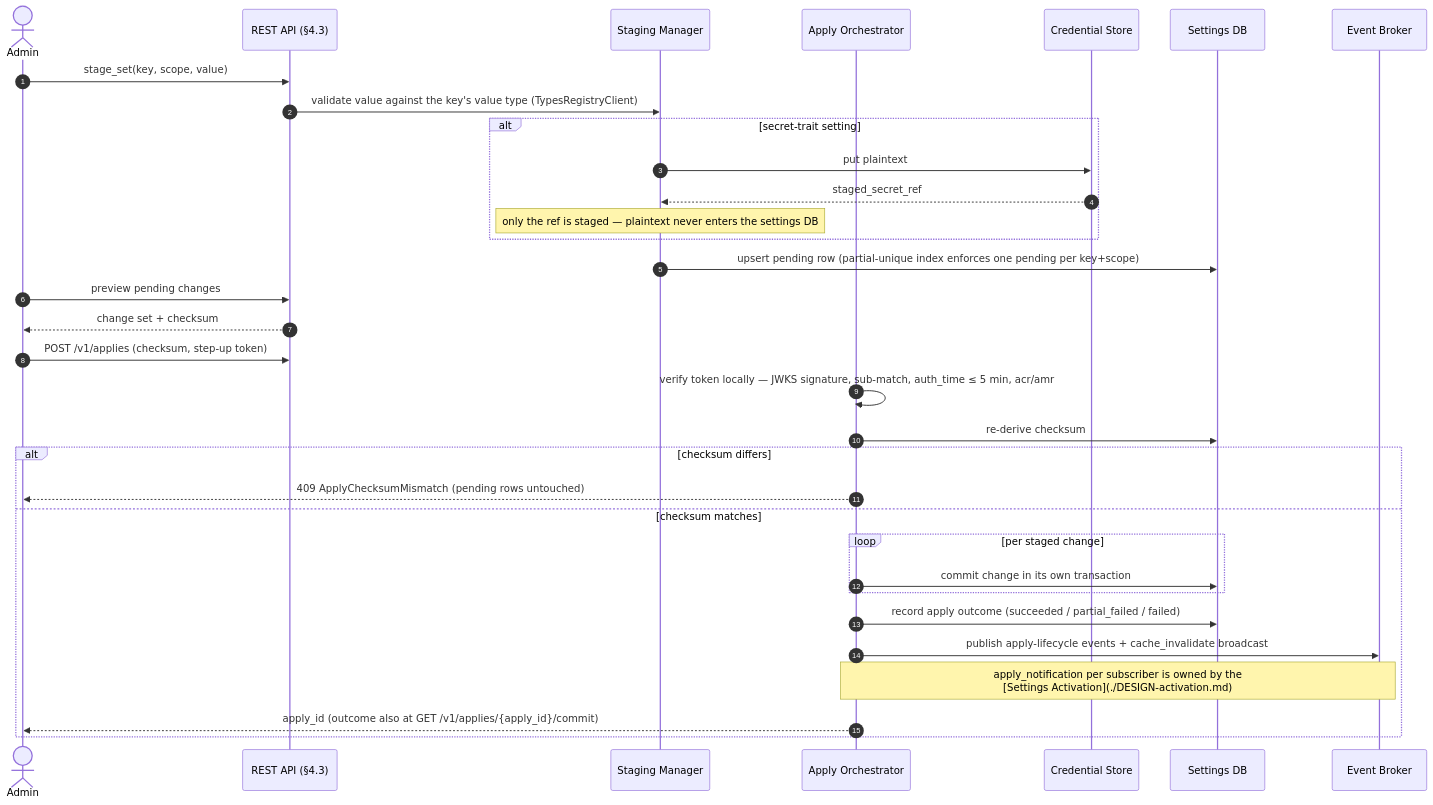
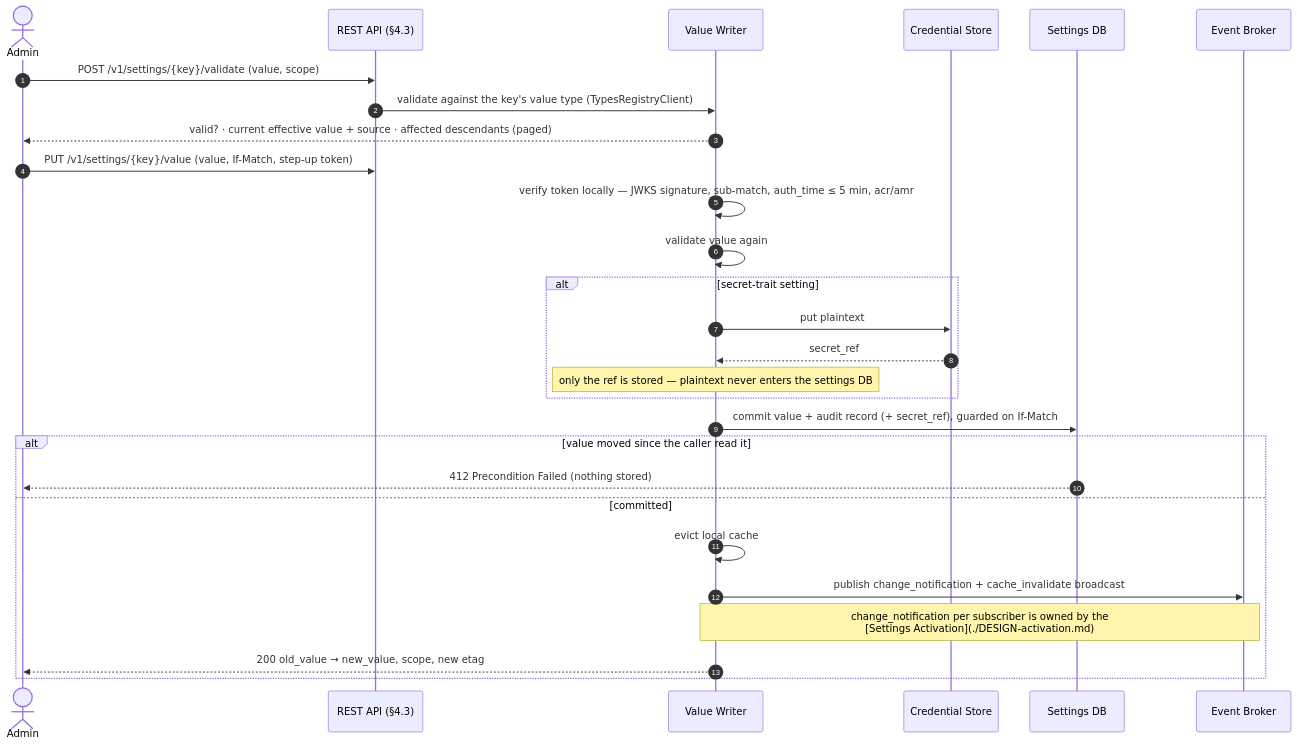
One commit to Andrei-Iliushin-Constructor/gears-rust changed the fifth of 7 diagrams in gears/settings-service/docs/DESIGN.md. Above: the diagram before and after it, drawn with Mermaid. The commit also changed other lines of this file, not shown here.

First line of the commit message:
docs(settings-service): drop the pending/apply machinery from DESIGN

````diff
--- a/gears/settings-service/docs/DESIGN.md
+++ b/gears/settings-service/docs/DESIGN.md
@@ -1494,36 +1334,31 @@
 ```mermaid
 sequenceDiagram
  autonumber
  actor Admin
  participant API as REST API (§4.3)
- participant SM as Staging Manager
- participant AO as Apply Orchestrator
+ participant VW as Value Writer
  participant CS as Credential Store
  participant DB as Settings DB
  participant Broker as Event Broker
 
- Admin->>API: stage_set(key, scope, value)
- API->>SM: validate value against the key's value type (TypesRegistryClient)
+ Admin->>API: POST /v1/settings/{key}/validate (value, scope)
+ API->>VW: validate against the key's value type (TypesRegistryClient)
+ VW-->>Admin: valid? · current effective value + source · affected descendants (paged)
+ Admin->>API: PUT /v1/settings/{key}/value (value, If-Match, step-up token)
+ VW->>VW: verify token locally — JWKS signature, sub-match, auth_time ≤ 5 min, acr/amr
+ VW->>VW: validate value again
  alt secret-trait setting
-  SM->>CS: put plaintext
-  CS-->>SM: staged_secret_ref
-  Note over SM: only the ref is staged — plaintext never enters the settings DB
+  VW->>CS: put plaintext
+  CS-->>VW: secret_ref
+  Note over VW: only the ref is stored — plaintext never enters the settings DB
  end
- SM->>DB: upsert pending row (partial-unique index enforces one pending per key+scope)
- Admin->>API: preview pending changes
- API-->>Admin: change set + checksum
- Admin->>API: POST /v1/applies (checksum, step-up token)
- AO->>AO: verify token locally — JWKS signature, sub-match, auth_time ≤ 5 min, acr/amr
- AO->>DB: re-derive checksum
- alt checksum differs
-  AO-->>Admin: 409 ApplyChecksumMismatch (pending rows untouched)
- else checksum matches
-  loop per staged change
-   AO->>DB: commit change in its own transaction
-  end
-  AO->>DB: record apply outcome (succeeded / partial_failed / failed)
-  AO->>Broker: publish apply-lifecycle events + cache_invalidate broadcast
-  Note over AO,Broker: apply_notification per subscriber is owned by the<br/>[Settings Activation](./DESIGN-activation.md)
-  AO-->>Admin: apply_id (outcome also at GET /v1/applies/{apply_id}/commit)
+ VW->>DB: commit value + audit record (+ secret_ref), guarded on If-Match
+ alt value moved since the caller read it
+  DB-->>Admin: 412 Precondition Failed (nothing stored)
+ else committed
+  VW->>VW: evict local cache
+  VW->>Broker: publish change_notification + cache_invalidate broadcast
+  Note over VW,Broker: change_notification per subscriber is owned by the<br/>[Settings Activation](./DESIGN-activation.md)
+  VW-->>Admin: 200 old_value → new_value, scope, new etag
  end
 ```
````
